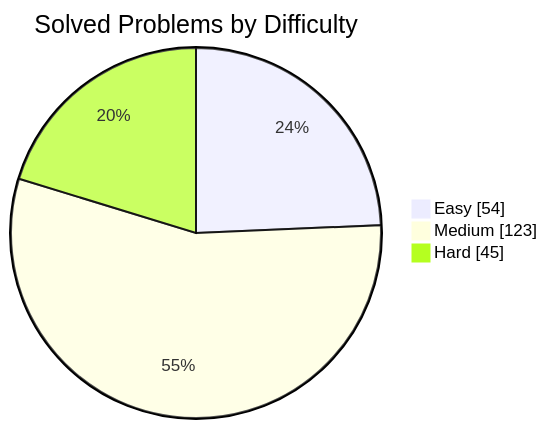
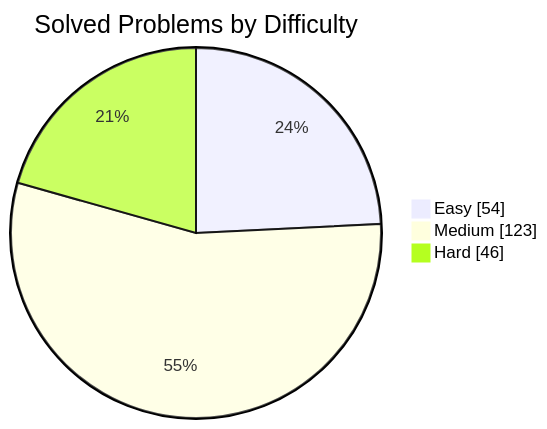
The first of 2 diagrams in README.md (manikantbindass/DSA-Preparation-FAANG), drawn with Mermaid before and after one commit. The commit also changed other lines of this file and 1 other file, not shown here.

````diff
--- a/README.md
+++ b/README.md
@@ -40,7 +40,7 @@
 ```mermaid
 pie showData
     title Solved Problems by Difficulty
     "Easy" : 54
     "Medium" : 123
-    "Hard" : 45
+    "Hard" : 46
 ```
````
